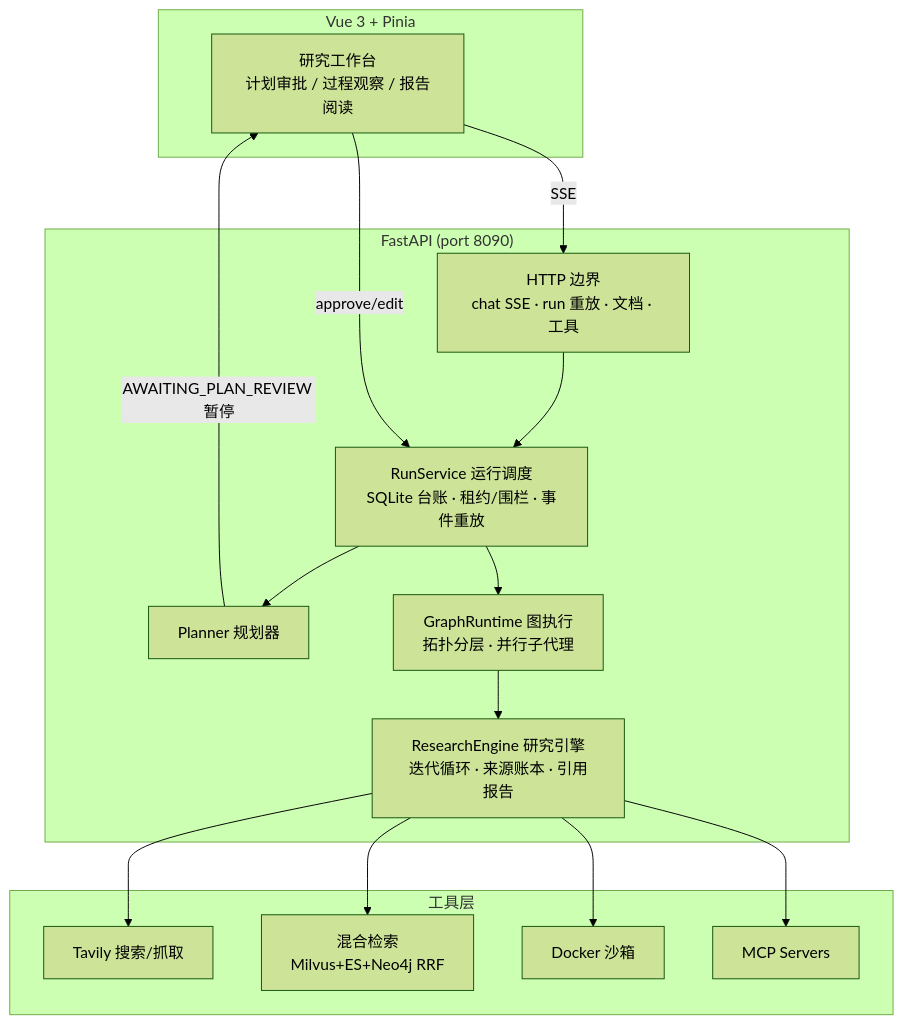
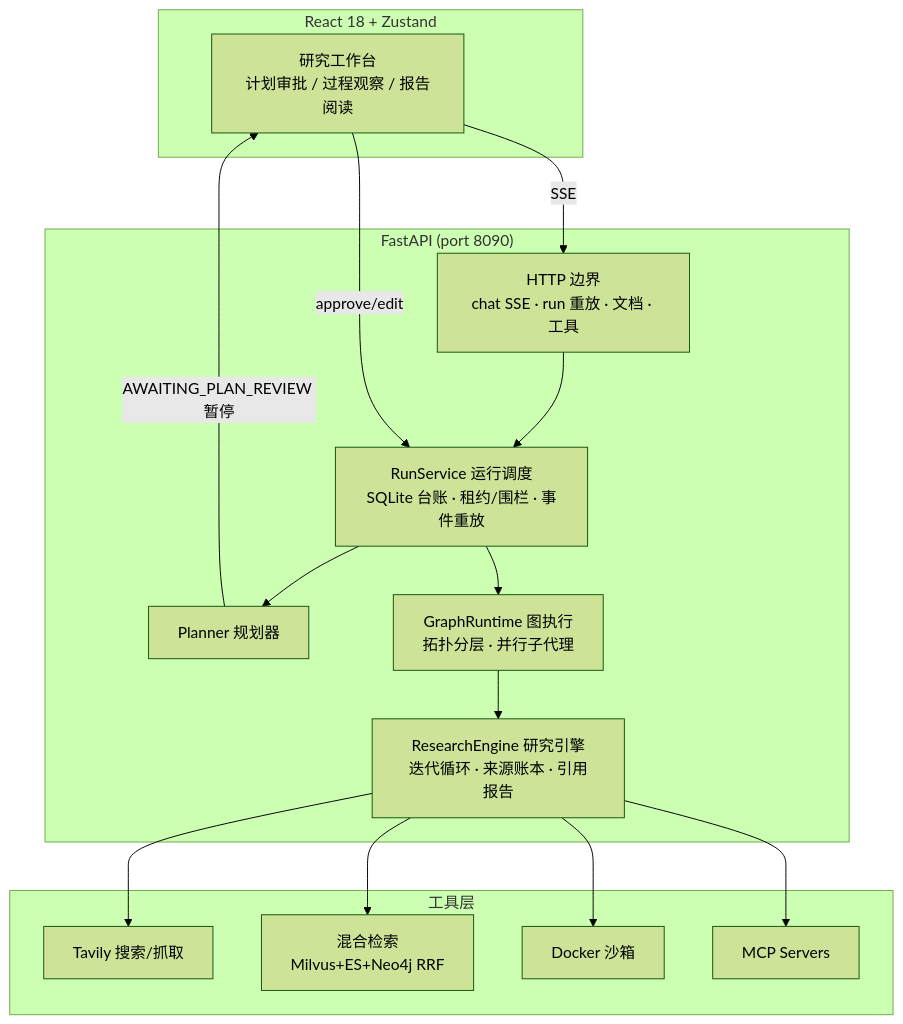
One commit to llongwang751-arch/saber changed the diagram in README.md. Above: the diagram before and after it, drawn with Mermaid (forest theme). The commit also changed other lines of this file and 89 other files, not shown here.

First line of the commit message:
refactor(web)!: 前端切换到 React——退役 Vue 版，web-react 更名为 web

````diff
--- a/README.md
+++ b/README.md
@@ -47,23 +47,23 @@
 ```mermaid
 graph TB
-    subgraph Client["Vue 3 + Pinia"]
+    subgraph Client["React 18 + Zustand"]
         WB["研究工作台<br/>计划审批 / 过程观察 / 报告阅读"]
     end
     subgraph Server["FastAPI (port 8090)"]
         API["HTTP 边界<br/>chat SSE · run 重放 · 文档 · 工具"]
         RS["RunService 运行调度<br/>SQLite 台账 · 租约/围栏 · 事件重放"]
         P["Planner 规划器"]
         G["GraphRuntime 图执行<br/>拓扑分层 · 并行子代理"]
         RE["ResearchEngine 研究引擎<br/>迭代循环 · 来源账本 · 引用报告"]
     end
     subgraph Tools["工具层"]
         TAV["Tavily 搜索/抓取"]
         RAG["混合检索<br/>Milvus+ES+Neo4j RRF"]
         SBX["Docker 沙箱"]
         MCP["MCP Servers"]
     end
     WB -->|SSE| API --> RS
     RS --> P -->|AWAITING_PLAN_REVIEW 暂停| WB
     WB -->|approve/edit| RS --> G --> RE
     RE --> TAV & RAG & SBX & MCP
 ```
````
